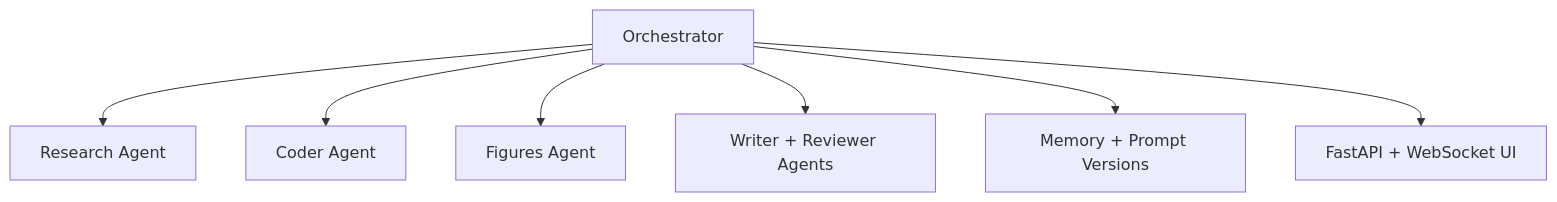
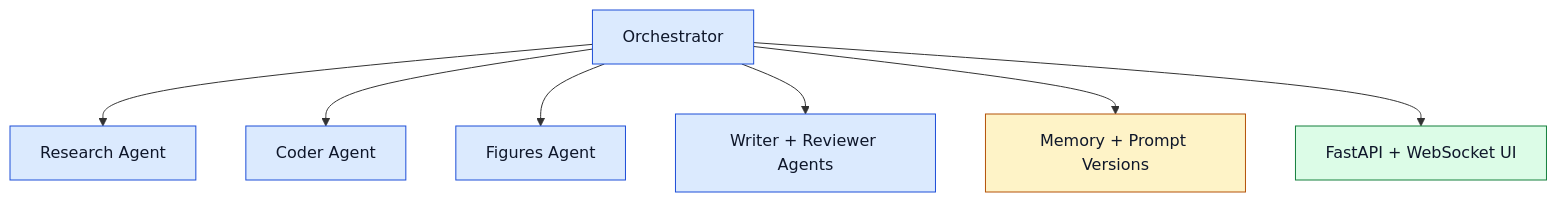
Before and after one commit to Bhavya-Dhoot/Autonomous-Research-Agent-System-ARAS-: the second of 3 diagrams in README.md, drawn with Mermaid. The commit also changed other lines of this file, not shown here.

Commit message:
Enhance README visuals with badges and styled diagrams

````diff
--- a/README.md
+++ b/README.md
@@ -19,9 +26,17 @@
 ```mermaid
 flowchart TD
     O[Orchestrator] --> R[Research Agent]
     O --> C[Coder Agent]
     O --> F[Figures Agent]
     O --> W[Writer + Reviewer Agents]
     O --> M[Memory + Prompt Versions]
     O --> U[FastAPI + WebSocket UI]
+
+    classDef core fill:#dbeafe,stroke:#1d4ed8,color:#0f172a;
+    classDef ui fill:#dcfce7,stroke:#15803d,color:#0f172a;
+    classDef mem fill:#fef3c7,stroke:#b45309,color:#0f172a;
+
+    class O,R,C,F,W core;
+    class U ui;
+    class M mem;
 ```
````
